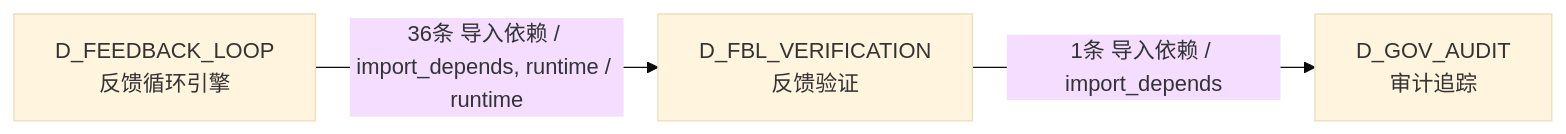
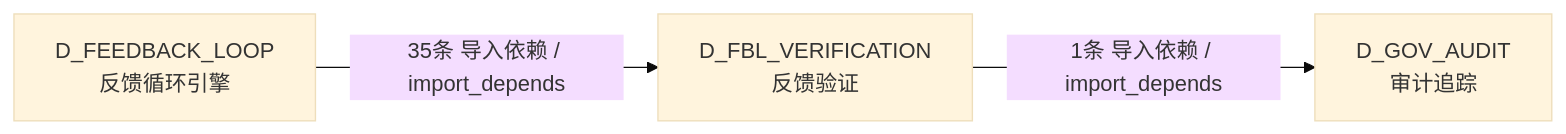
One commit to xuanFelixVan/ZephyrAlpha changed the sixth of 6 diagrams in docs/02_enterprise_architecture/02_domain_architecture_docs/13_d_fbl_verification.md. Above: the diagram before and after it, drawn with Mermaid (base theme). The commit also changed other lines of this file and 103 other files, not shown here.

````diff
--- a/docs/02_enterprise_architecture/02_domain_architecture_docs/13_d_fbl_verification.md
+++ b/docs/02_enterprise_architecture/02_domain_architecture_docs/13_d_fbl_verification.md
@@ -492,8 +490,8 @@
 ```mermaid
 graph LR
     D_FBL_VERIFICATION["D_FBL_VERIFICATION<br/>反馈验证"]
     D_GOV_AUDIT["D_GOV_AUDIT<br/>审计追踪"]
     D_FEEDBACK_LOOP["D_FEEDBACK_LOOP<br/>反馈循环引擎"]
     D_FBL_VERIFICATION -->|1条 导入依赖 / import_depends| D_GOV_AUDIT
-    D_FEEDBACK_LOOP -->|36条 导入依赖 / import_depends, runtime / runtime| D_FBL_VERIFICATION
+    D_FEEDBACK_LOOP -->|35条 导入依赖 / import_depends| D_FBL_VERIFICATION
 ```
````
